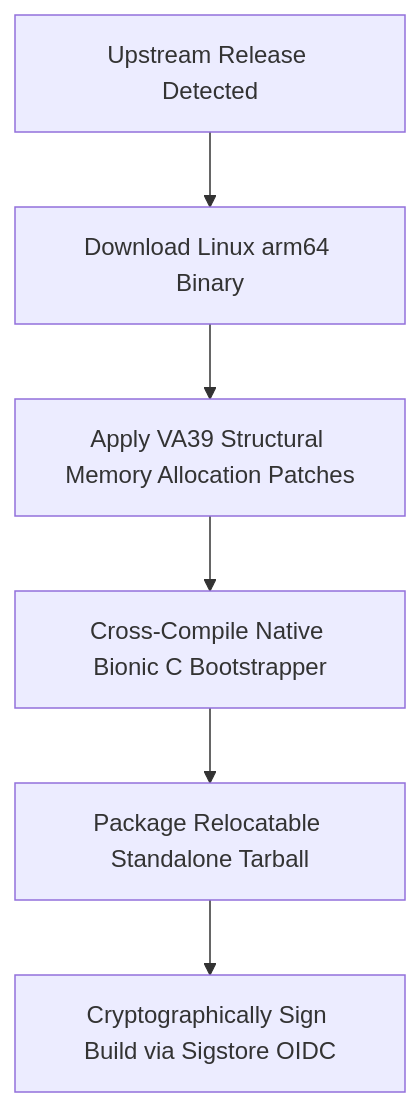
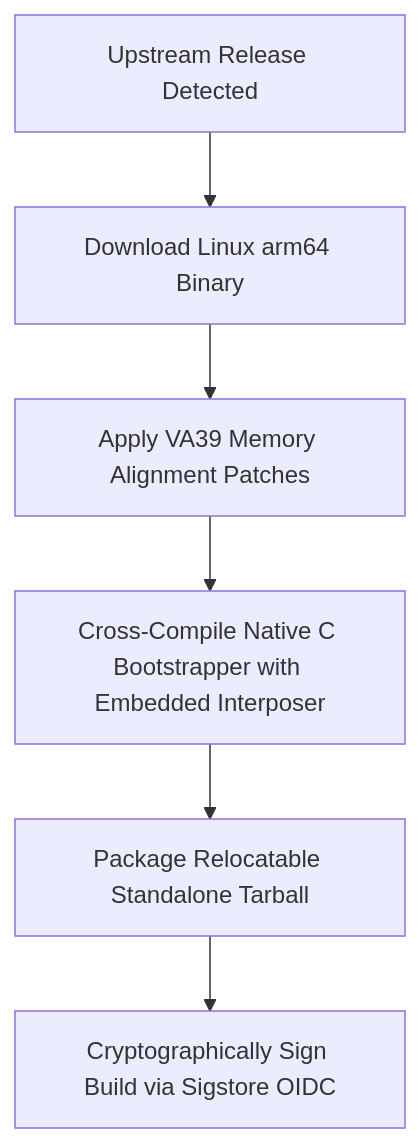
One commit to wallentx/antigravity-cli-termux changed the diagram in README.md. Above: the diagram before and after it, drawn with Mermaid. The commit also changed other lines of this file and 1 other file, not shown here.

````diff
--- a/README.md
+++ b/README.md
@@ -21,8 +21,8 @@
 ```mermaid
 graph TD
     A[Upstream Release Detected] --> B[Download Linux arm64 Binary]
-    B --> C[Apply VA39 Structural Memory Allocation Patches]
-    C --> D[Cross-Compile Native Bionic C Bootstrapper]
+    B --> C[Apply VA39 Memory Alignment Patches]
+    C --> D[Cross-Compile Native C Bootstrapper with Embedded Interposer]
     D --> E[Package Relocatable Standalone Tarball]
     E --> F[Cryptographically Sign Build via Sigstore OIDC]
 ```
````
